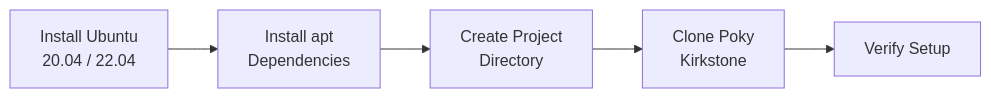
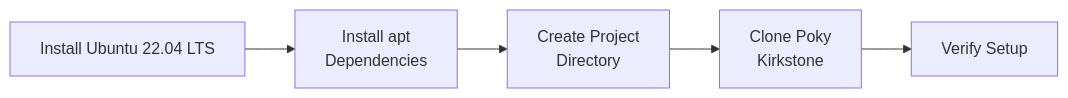
The diagram in docs/phase1/environment-setup.md (ajaymrk95/yocto-project-build-docs), drawn with Mermaid before and after one commit. The commit also changed 9 other files, not shown here.

Commit message:
Refine Overall Outlines, Update Chart Corrections and Improve Roadmap and Overview Markdowns

````diff
--- a/docs/phase1/environment-setup.md
+++ b/docs/phase1/environment-setup.md
@@ -37,7 +37,7 @@
 ```mermaid
 flowchart LR
-    A["Install Ubuntu\n20.04 / 22.04"] --> B["Install apt\nDependencies"]
+    A["Install Ubuntu 22.04 LTS"] --> B["Install apt\nDependencies"]
     B --> C["Create Project\nDirectory"]
     C --> D["Clone Poky\nKirkstone"]
     D --> E["Verify Setup"]
 ```
````
